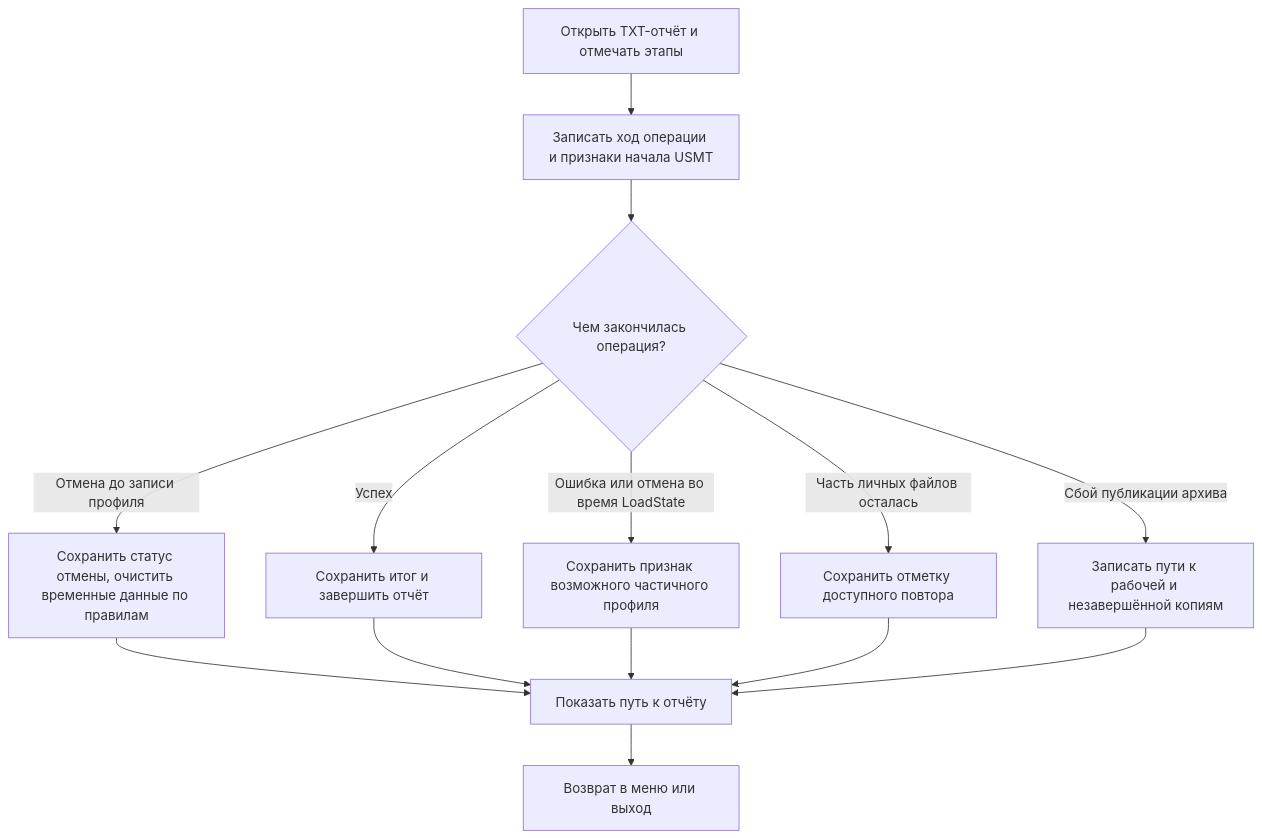
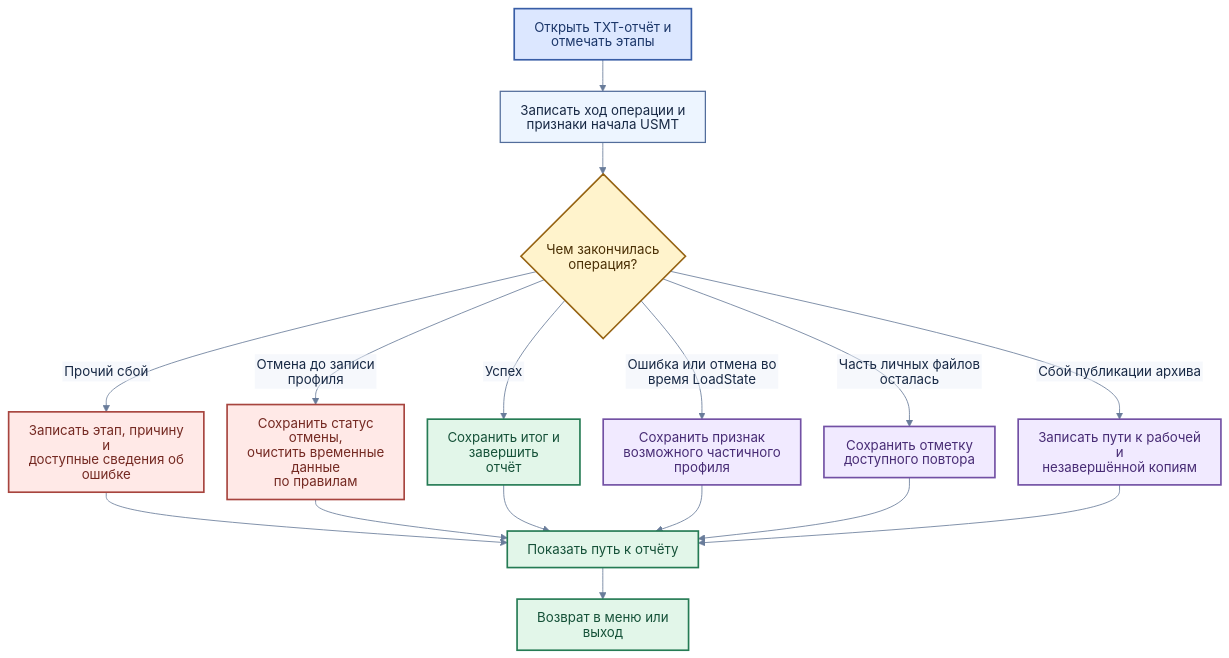
The seventh of 7 diagrams in TECHNICAL.md (Arhivater/WindowsProfileMigration), drawn with Mermaid before and after one commit. The commit also changed other lines of this file and 5 other files, not shown here.

Commit message:
Оформить блок-схемы и добавить просмотр из ZIP [skip ci]

````diff
--- a/TECHNICAL.md
+++ b/TECHNICAL.md
@@ -199,16 +366,44 @@
 ```mermaid
+---
+config:
+  theme: base
+  htmlLabels: false
+  themeVariables:
+    fontFamily: "Inter, Segoe UI, sans-serif"
+    lineColor: "#697c9a"
+    edgeLabelBackground: "#eef2fa"
+    primaryTextColor: "#182945"
+  flowchart:
+    nodeSpacing: 28
+    rankSpacing: 38
+    padding: 12
+    curve: basis
+---
 flowchart TD
-    A["Открыть TXT-отчёт и отмечать этапы"] --> B["Записать ход операции и признаки начала USMT"]
+    A["Открыть TXT-отчёт и<br/>отмечать этапы"] --> B["Записать ход операции и<br/>признаки начала USMT"]
     B --> C{"Чем закончилась операция?"}
-    C -->|Успех| D["Сохранить итог и завершить отчёт"]
-    C -->|"Отмена до записи профиля"| E["Сохранить статус отмены, очистить временные данные по правилам"]
-    C -->|"Ошибка или отмена во время LoadState"| F["Сохранить признак возможного частичного профиля"]
-    C -->|"Часть личных файлов осталась"| G["Сохранить отметку доступного повтора"]
-    C -->|"Сбой публикации архива"| H["Записать пути к рабочей и незавершённой копиям"]
+    C -->|Успех| D["Сохранить итог и завершить<br/>отчёт"]
+    C -->|"Отмена до записи профиля"| E["Сохранить статус отмены,<br/>очистить временные данные<br/>по правилам"]
+    C -->|"Ошибка или отмена во время LoadState"| F["Сохранить признак<br/>возможного частичного<br/>профиля"]
+    C -->|"Часть личных файлов осталась"| G["Сохранить отметку<br/>доступного повтора"]
+    C -->|"Сбой публикации архива"| H["Записать пути к рабочей и<br/>незавершённой копиям"]
+    C -->|"Прочий сбой"| X["Записать этап, причину и<br/>доступные сведения об<br/>ошибке"]
+    X --> I
     E --> I["Показать путь к отчёту"]
     D --> I
     F --> I
     G --> I
     H --> I
     I --> J["Возврат в меню или выход"]
+    classDef default fill:#edf5ff,stroke:#526d9b,color:#182945,stroke-width:1.5px;
+    classDef entry fill:#dce7ff,stroke:#385da6,color:#1c376a,stroke-width:2px;
+    classDef decision fill:#fff3cc,stroke:#966312,color:#4a2f05,stroke-width:2px;
+    classDef result fill:#e2f6e9,stroke:#257b54,color:#155138,stroke-width:2px;
+    classDef exception fill:#ffe9e7,stroke:#a7443e,color:#742922,stroke-width:2px;
+    classDef recovery fill:#f1eaff,stroke:#7250a4,color:#482c75,stroke-width:2px;
+    class A entry;
+    class C decision;
+    class D,I,J result;
+    class E,X exception;
+    class F,G,H recovery;
 ```
````
